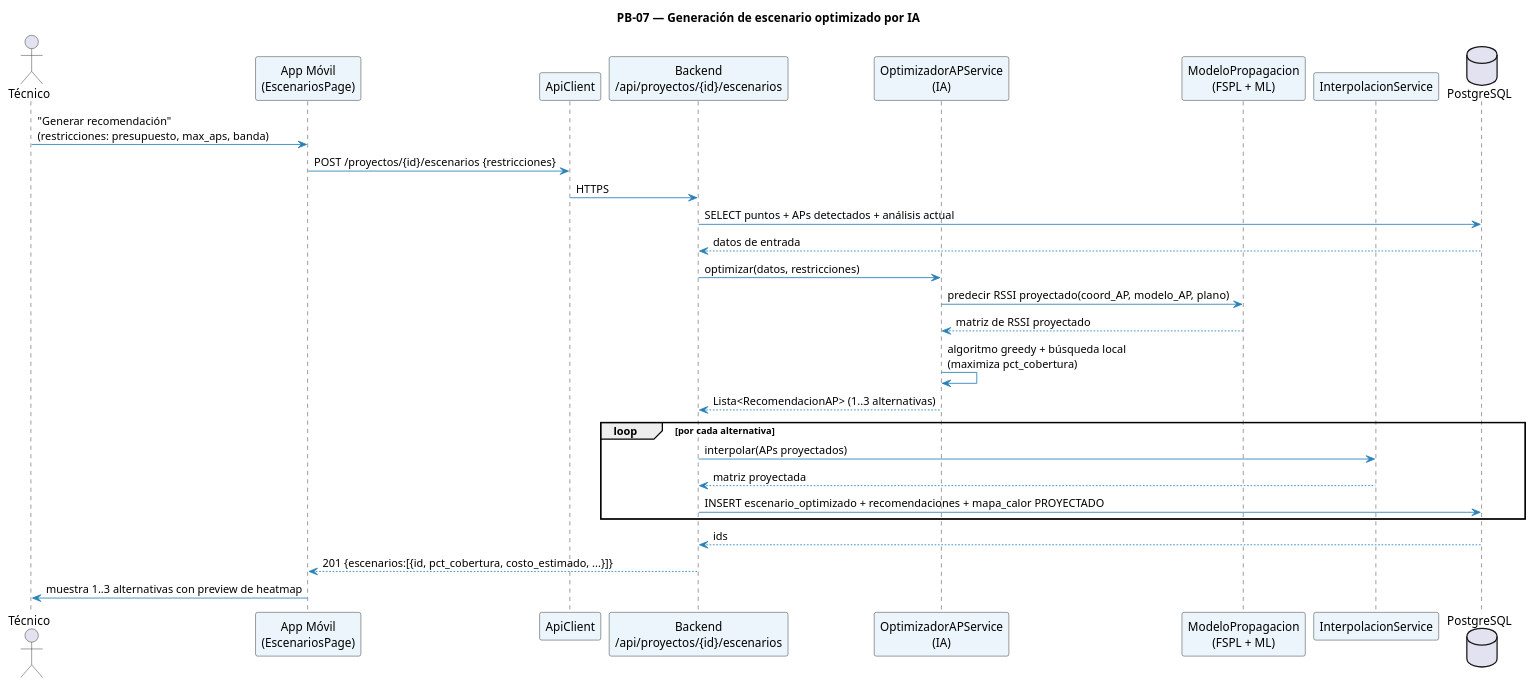
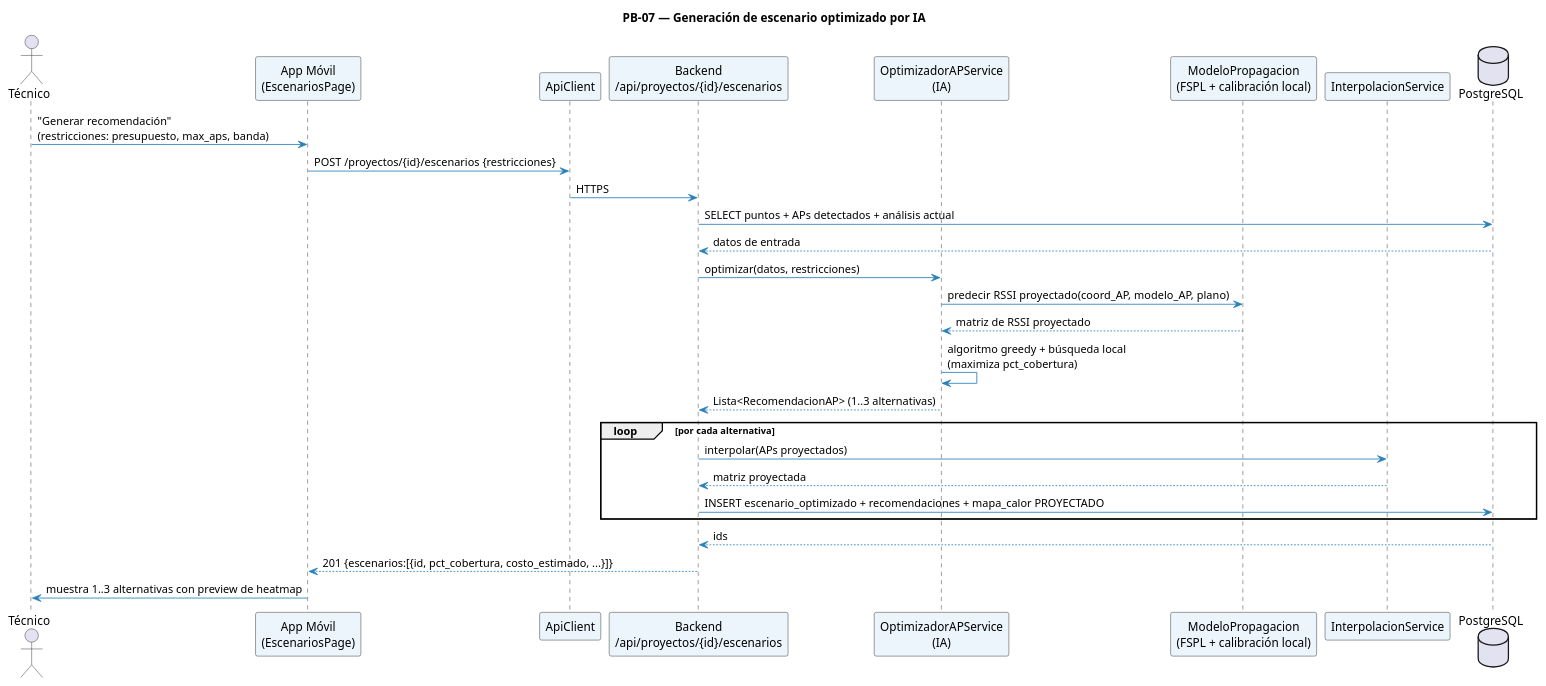
One commit to borysinho/wireless-heatmapper changed the diagram in docs/ONLINE/PLAN-IMPLEMENTACION/12-sprint-5-ia-comparacion-y-reportes.md. Above: the diagram before and after it, drawn with PlantUML. The commit also changed other lines of this file and 18 other files, not shown here.

````diff
--- a/docs/ONLINE/PLAN-IMPLEMENTACION/12-sprint-5-ia-comparacion-y-reportes.md
+++ b/docs/ONLINE/PLAN-IMPLEMENTACION/12-sprint-5-ia-comparacion-y-reportes.md
@@ -18,35 +20,35 @@
 ```plantuml
 @startuml
 title PB-07 — Generación de escenario optimizado por IA
 skinparam sequenceArrowColor #2980B9
 skinparam participantBackgroundColor #EBF5FB
 
 actor "Técnico" as tech
 participant "App Móvil\n(EscenariosPage)" as app
 participant "ApiClient" as api
 participant "Backend\n/api/proyectos/{id}/escenarios" as be
 participant "OptimizadorAPService\n(IA)" as ia
-participant "ModeloPropagacion\n(FSPL + ML)" as ml
+participant "ModeloPropagacion\n(FSPL + calibración local)" as ml
 participant "InterpolacionService" as inter
 database "PostgreSQL" as db
 
 tech -> app : "Generar recomendación"\n(restricciones: presupuesto, max_aps, banda)
 app -> api : POST /proyectos/{id}/escenarios {restricciones}
 api -> be : HTTPS
 be -> db : SELECT puntos + APs detectados + análisis actual
 db --> be : datos de entrada
 be -> ia : optimizar(datos, restricciones)
 ia -> ml : predecir RSSI proyectado(coord_AP, modelo_AP, plano)
 ml --> ia : matriz de RSSI proyectado
 ia -> ia : algoritmo greedy + búsqueda local\n(maximiza pct_cobertura)
 ia --> be : Lista<RecomendacionAP> (1..3 alternativas)
 loop por cada alternativa
   be -> inter : interpolar(APs proyectados)
   inter --> be : matriz proyectada
   be -> db : INSERT escenario_optimizado + recomendaciones + mapa_calor PROYECTADO
 end
 db --> be : ids
 be --> app : 201 {escenarios:[{id, pct_cobertura, costo_estimado, ...}]}
 app -> tech : muestra 1..3 alternativas con preview de heatmap
 @enduml
 ```
````
